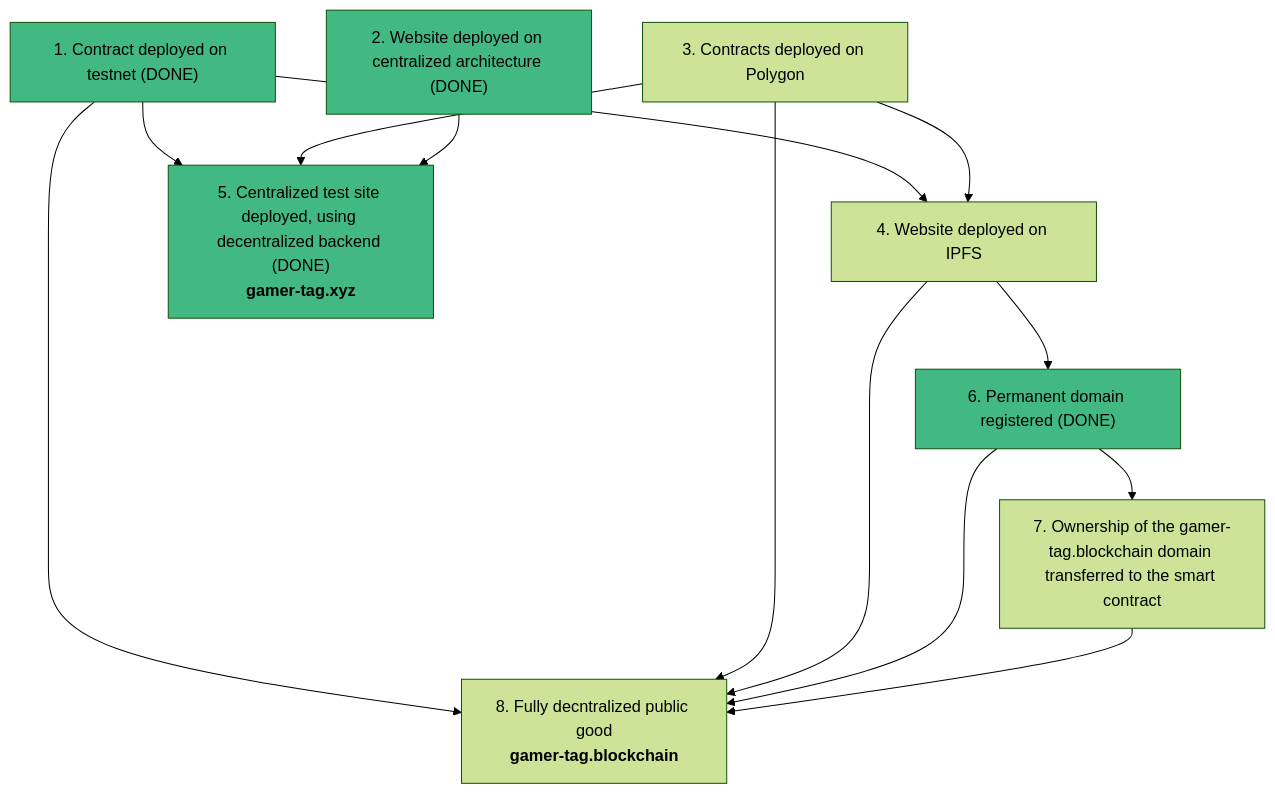
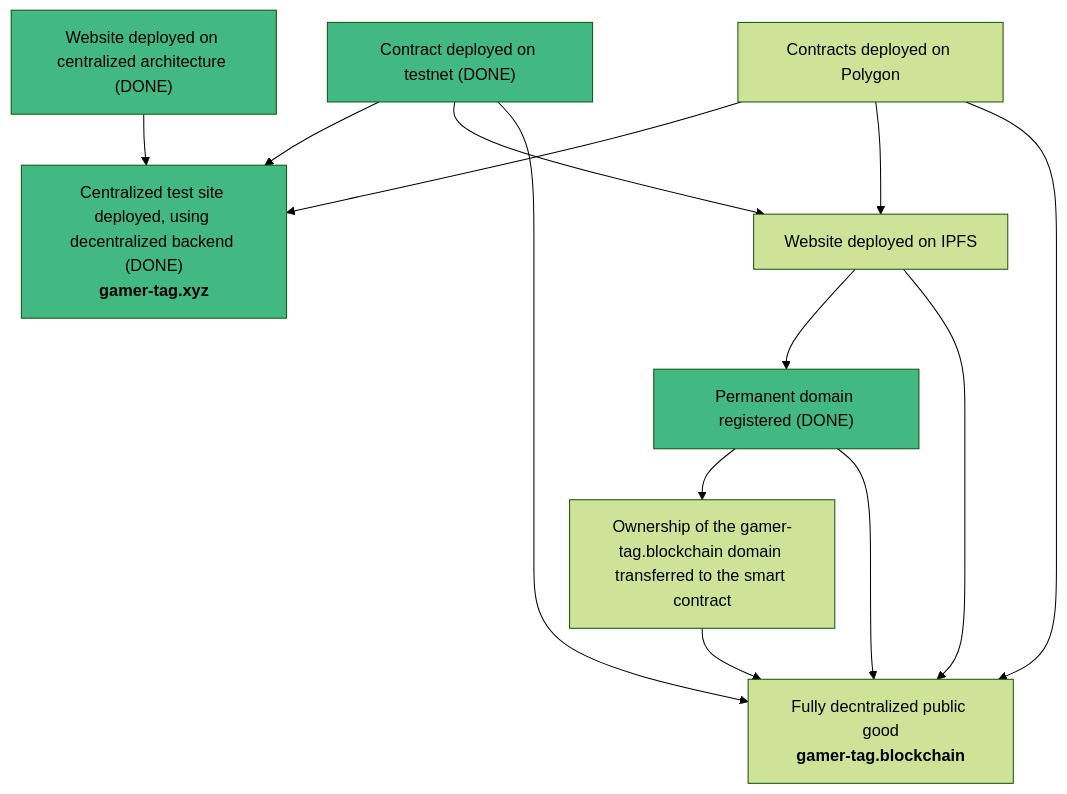
The diagram in README.md (TerryJHarrison/gamer-tag), drawn with Mermaid (forest theme) before and after one commit.

````diff
--- a/README.md
+++ b/README.md
@@ -9,30 +9,30 @@
 ```mermaid
 flowchart TD
-	testContract["1. Contract deployed on testnet (DONE)"]
-	centralizedWeb["2. Website deployed on centralized architecture (DONE)"]
-	contract["3. Contracts deployed on Polygon"]
-	decentralizedWeb["4. Website deployed on IPFS"]
-	centralizedTestSite["5. Centralized test site deployed, using decentralized backend (DONE)<br/><b>gamer-tag.xyz</b>"]
-	permanentDomain["6. Permanent domain registered (DONE)"]
-	noDomainOwner["7. Ownership of the gamer-tag.blockchain domain transferred to the smart contract"]
-	decentralizedApplication["8. Fully decntralized public good<br/><b>gamer-tag.blockchain</b>"]
+	testContract["Contract deployed on testnet (DONE)"]
+	centralizedWeb["Website deployed on centralized architecture (DONE)"]
+	centralizedTestSite["Centralized test site deployed, using decentralized backend (DONE)<br/><b>gamer-tag.xyz</b>"]
+	contract["Contracts deployed on Polygon"]
+	decentralizedWeb["Website deployed on IPFS"]
+	permanentDomain["Permanent domain registered (DONE)"]
+	noDomainOwner["Ownership of the gamer-tag.blockchain domain transferred to the smart contract"]
+	decentralizedApplication["Fully decntralized public good<br/><b>gamer-tag.blockchain</b>"]
 	
 	testContract --> centralizedTestSite
 	contract --> centralizedTestSite
 	centralizedWeb --> centralizedTestSite
 	
 	testContract --> decentralizedWeb
 	contract --> decentralizedWeb
 	decentralizedWeb --> permanentDomain --> noDomainOwner
 	
 	testContract --> decentralizedApplication
 	contract --> decentralizedApplication
 	decentralizedWeb --> decentralizedApplication
 	permanentDomain --> decentralizedApplication
 	noDomainOwner --> decentralizedApplication
 	
 	style testContract fill:#42b983
 	style centralizedWeb fill:#42b983
 	style centralizedTestSite fill:#42b983
 	style permanentDomain fill:#42b983
 ```
````
